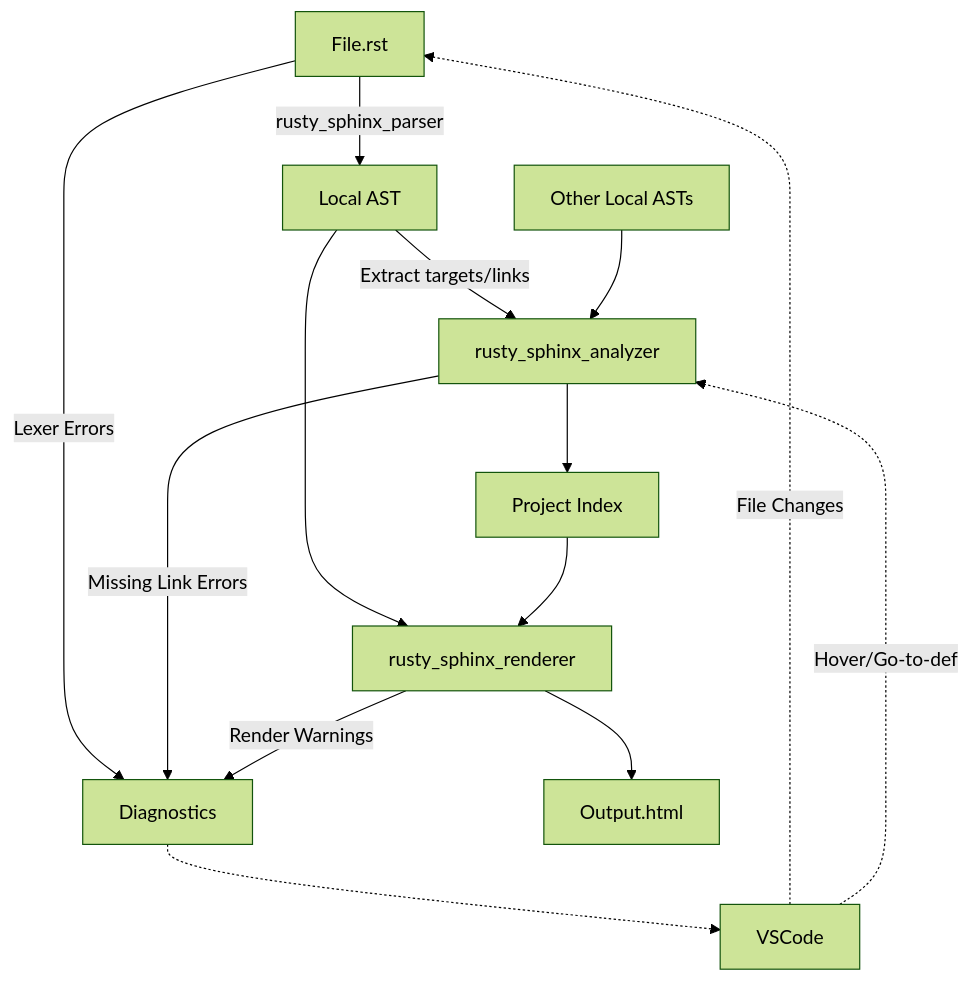
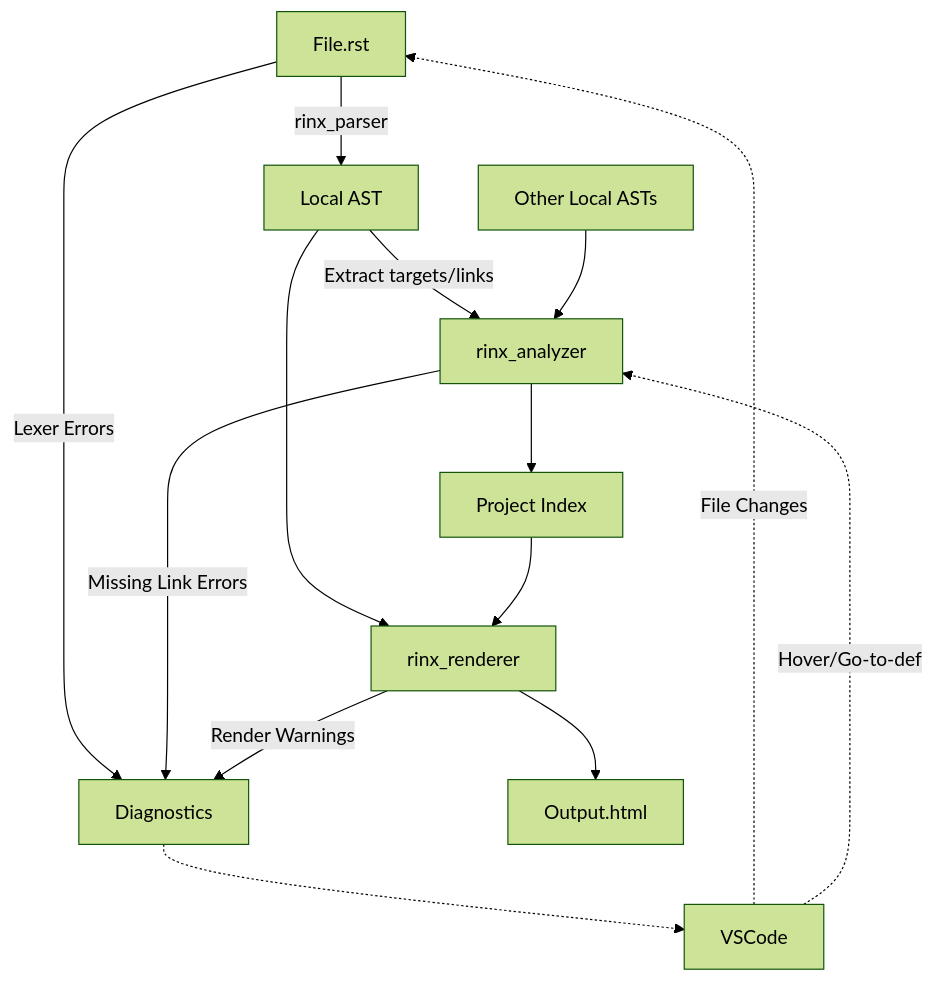
The diagram in architecture.md (nachstedt/rinx), drawn with Mermaid (forest theme) before and after one commit. The commit also changed other lines of this file and 482 other files, not shown here.

First line of the commit message:
chore: rename rusty-sphinx to rinx (#173)

````diff
--- a/architecture.md
+++ b/architecture.md
@@ -68,23 +68,23 @@
 ```mermaid
 graph TD;
     %% Phase 1: Local Parse
-    RstFile[File.rst] -->|rusty_sphinx_parser| AST[Local AST]
+    RstFile[File.rst] -->|rinx_parser| AST[Local AST]
     RstFile -->|Lexer Errors| Diag[Diagnostics]
     
     %% Phase 2: Global Assembly
-    AST -->|Extract targets/links| Indexer[ rusty_sphinx_analyzer ]
+    AST -->|Extract targets/links| Indexer[ rinx_analyzer ]
     OtherASTs[Other Local ASTs] --> Indexer
     Indexer --> GlobalIndex[Project Index]
     Indexer -->|Missing Link Errors| Diag
     
     %% Phase 3: Render
-    AST --> Renderer[rusty_sphinx_renderer]
+    AST --> Renderer[rinx_renderer]
     GlobalIndex --> Renderer
     Renderer --> HTML[Output.html]
     Renderer -->|Render Warnings| Diag
     
     %% LSP Flow
     Editor[VSCode] -.->|File Changes| RstFile
     Editor -.->|Hover/Go-to-def| Indexer
     Diag -.-> Editor
 ```
````
